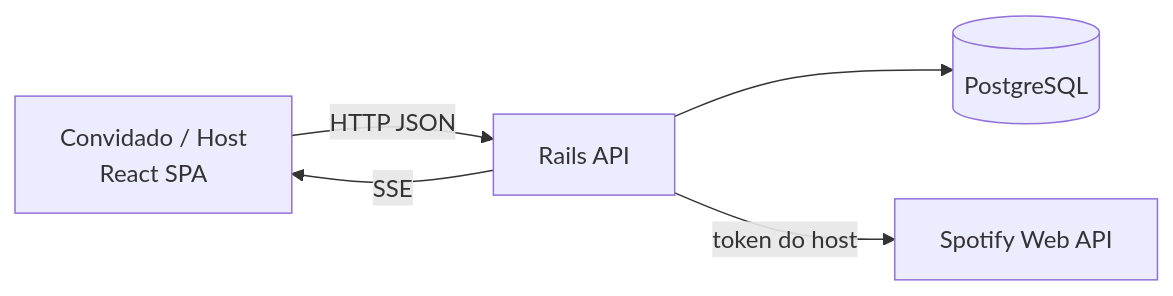
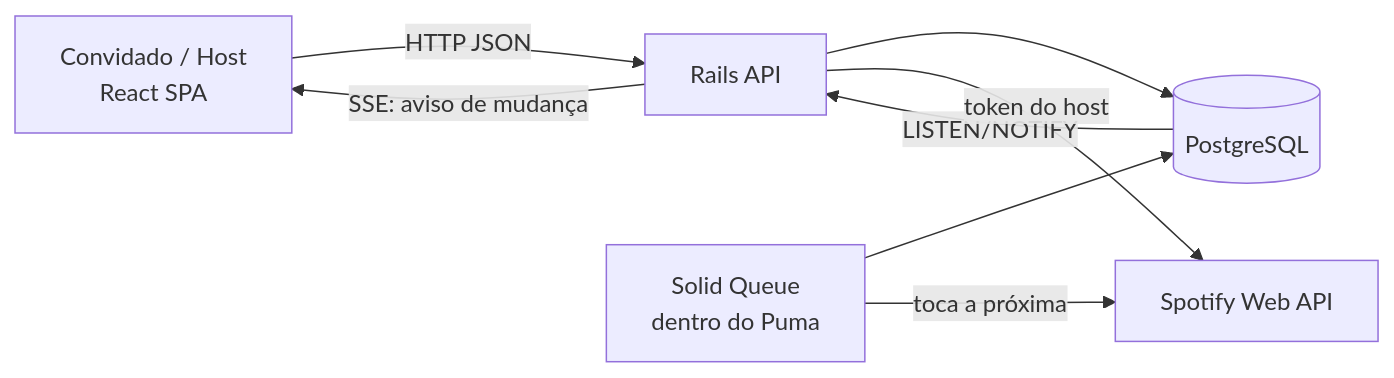
The diagram in README.md (pablosscosta/jukebox-hub), drawn with Mermaid before and after one commit. The commit also changed other lines of this file and 3 other files, not shown here.

````diff
--- a/README.md
+++ b/README.md
@@ -60,7 +73,10 @@
 ```mermaid
 flowchart LR
   Guest[Convidado / Host<br/>React SPA] -- HTTP JSON --> API[Rails API]
-  API -- SSE --> Guest
+  API -- SSE: aviso de mudança --> Guest
   API --> DB[(PostgreSQL)]
+  DB -- LISTEN/NOTIFY --> API
+  Jobs[Solid Queue<br/>dentro do Puma] --> DB
+  Jobs -- toca a próxima --> Spotify
   API -- token do host --> Spotify[Spotify Web API]
 ```
````
